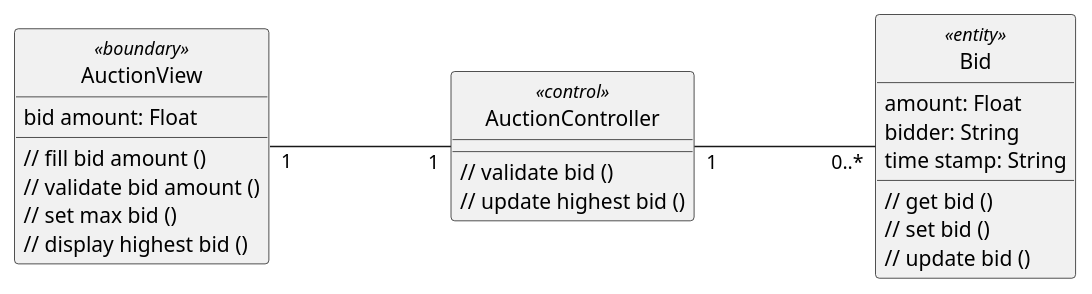
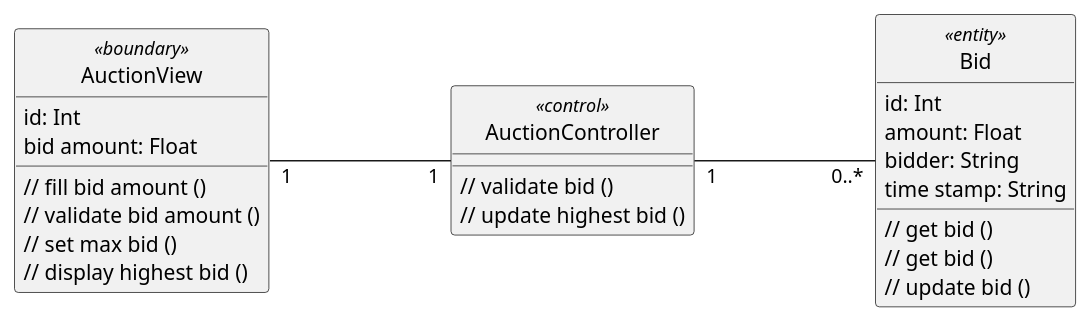
The diagram in uml/analysis/class/place_bid.puml (anhbanlinhle/velocity-exchange), drawn with PlantUML before and after one commit. The commit also changed 5 other files, not shown here.

```diff
--- a/uml/analysis/class/place_bid.puml
+++ b/uml/analysis/class/place_bid.puml
@@ -1,41 +1,41 @@
 @startuml 
 left to right direction
 skinparam classAttributeIconSize 0
 skinparam linetype ortho
 hide circle
 class AuctionView <<boundary>> {
+    id: Int
     bid amount: Float
 
     // fill bid amount ()
     // validate bid amount ()
     // set max bid ()
     // display highest bid ()
 
     }
 
 class AuctionController <<control>> {
     // validate bid ()
     // update highest bid ()
 
 
 
     }
 
 class Bid <<entity>> {
+    id: Int
     amount: Float
     bidder: String
     time stamp: String
-
     // get bid ()
-    // set bid ()
+    // get bid ()
     // update bid ()
-
     }
 
 
 AuctionView "1" --- "1" AuctionController
 
 AuctionController "1" --- "0..*" Bid
 
 
 @enduml
```
